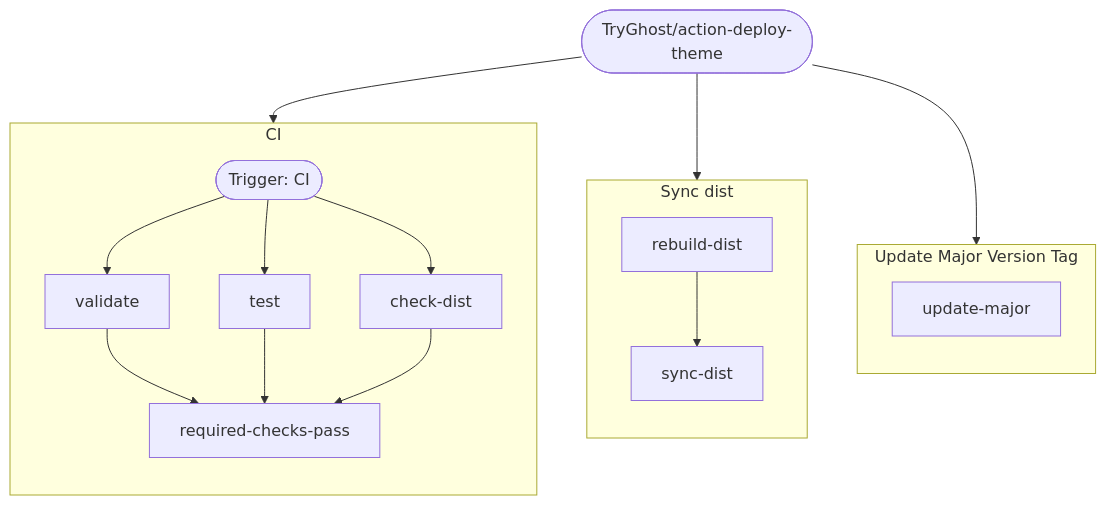
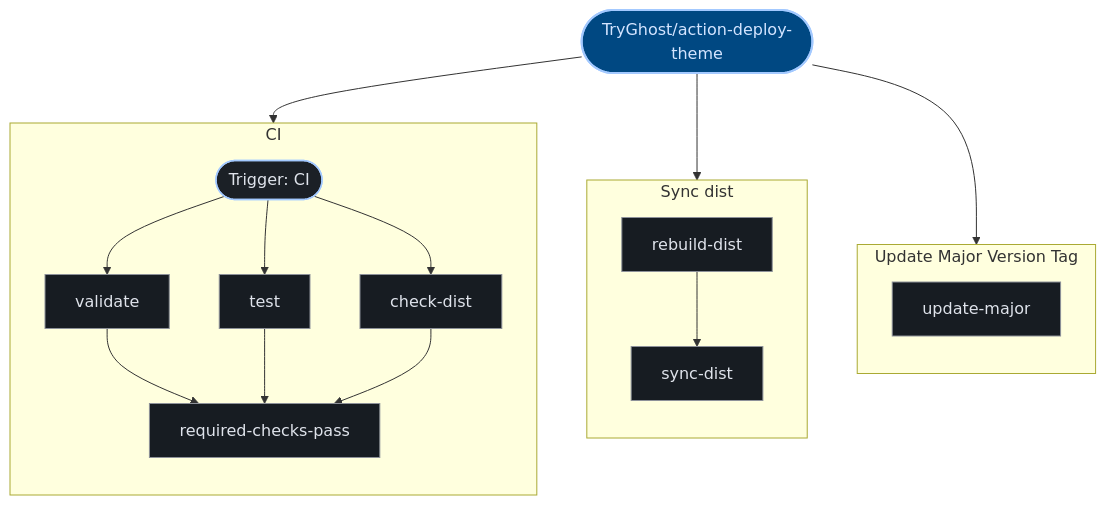
The third of 3 diagrams in exports/latest/reports/TryGhost-action-deploy-theme-report.md (kumarshaz/atruss-code-atlas), drawn with Mermaid before and after one commit. The commit also changed other lines of this file and 331 other files, not shown here.

Commit message:
docs,ui,fix: update SDLC docs, reorder CI/CD DAG first, stylize Mermaid, and fix Arc42 pipeline topology

````diff
--- a/exports/latest/reports/TryGhost-action-deploy-theme-report.md
+++ b/exports/latest/reports/TryGhost-action-deploy-theme-report.md
@@ -124,31 +135,38 @@
 ```mermaid
 graph TD;
-  pipeline_root(["TryGhost/action-deploy-theme"])
+  classDef atlasRoot fill:#004882,stroke:#a3c9ff,stroke-width:2px,color:#d3e4ff
+  classDef atlasCategory fill:#212428,stroke:#E87A48,stroke-width:1.5px,color:#dfe3eb
+  classDef atlasWorkflow fill:#1b2026,stroke:#a3c9ff,stroke-width:1.5px,color:#dfe3eb
+  classDef atlasJob fill:#171c22,stroke:#8d9199,stroke-width:1px,color:#dfe3eb
+  classDef atlasTarget fill:#005227,stroke:#8bd99b,stroke-width:1.5px,color:#a7f6b6
+  classDef atlasAlert fill:#93000a,stroke:#ffb4ab,stroke-width:1.5px,color:#ffdad6
+  classDef atlasMore fill:#252a31,stroke:#8d9199,stroke-dasharray:4 4,color:#c3c6cf
+  pipeline_root(["TryGhost/action-deploy-theme"]):::atlasRoot
   subgraph Update_Major_Version_Tag_0["Update Major Version Tag"]
     direction TB
-    0_update_major["update-major"]
+    0_update_major["update-major"]:::atlasJob
   end
   pipeline_root --> 0_update_major
   subgraph Sync_dist_1["Sync dist"]
     direction TB
-    1_rebuild_dist["rebuild-dist"]
-    1_sync_dist["sync-dist"]
+    1_rebuild_dist["rebuild-dist"]:::atlasJob
+    1_sync_dist["sync-dist"]:::atlasJob
     1_rebuild_dist --> 1_sync_dist
   end
   pipeline_root --> 1_rebuild_dist
   subgraph CI_2["CI"]
     direction TB
-    2_validate["validate"]
-    2_test["test"]
-    2_check_dist["check-dist"]
-    2_required_checks_pass["required-checks-pass"]
+    2_validate["validate"]:::atlasJob
+    2_test["test"]:::atlasJob
+    2_check_dist["check-dist"]:::atlasJob
+    2_required_checks_pass["required-checks-pass"]:::atlasJob
     2_validate --> 2_required_checks_pass
     2_test --> 2_required_checks_pass
     2_check_dist --> 2_required_checks_pass
-    wf_entry_2(["Trigger: CI"])
+    wf_entry_2(["Trigger: CI"]):::atlasWorkflow
     wf_entry_2 --> 2_validate
     wf_entry_2 --> 2_test
     wf_entry_2 --> 2_check_dist
   end
   pipeline_root --> wf_entry_2
 ```
````
